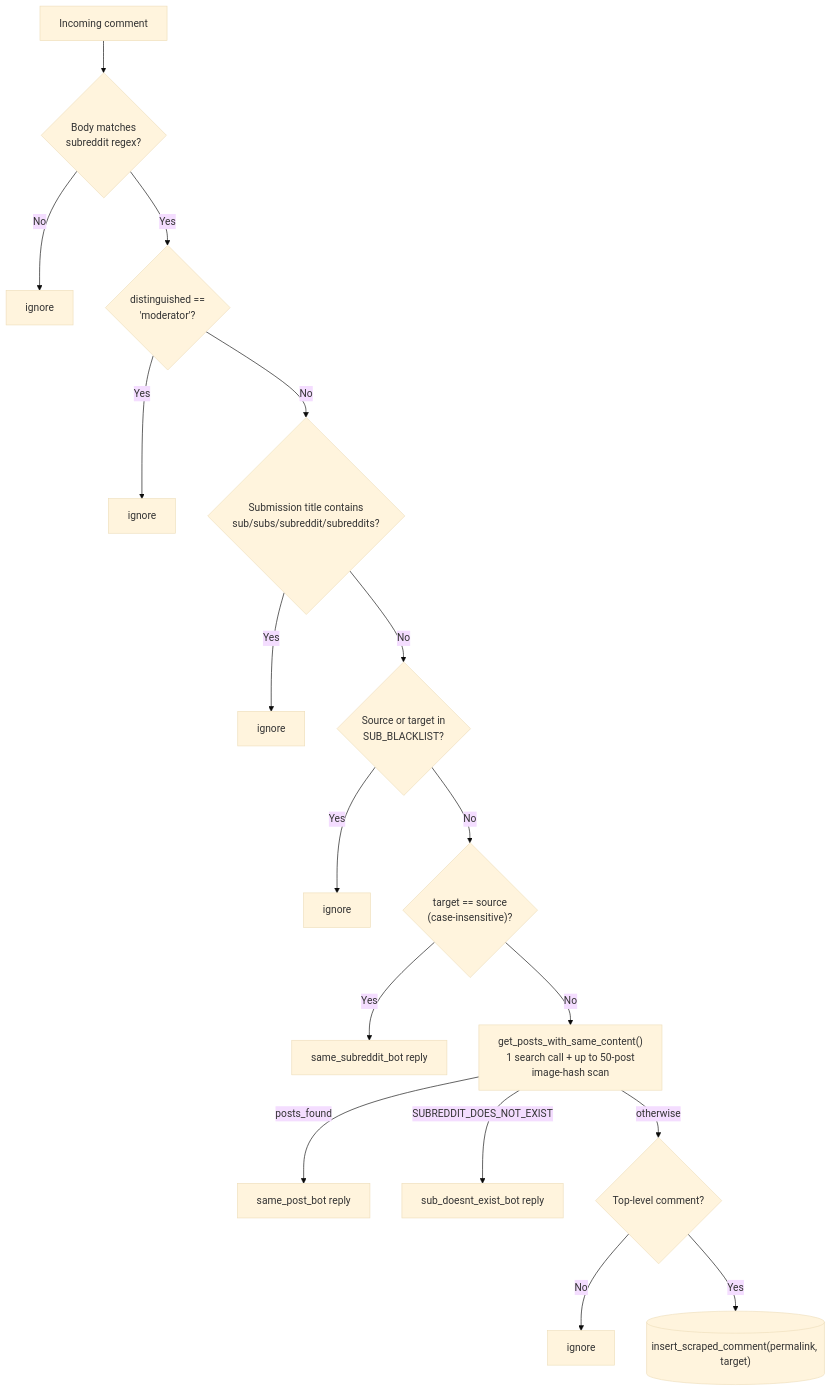
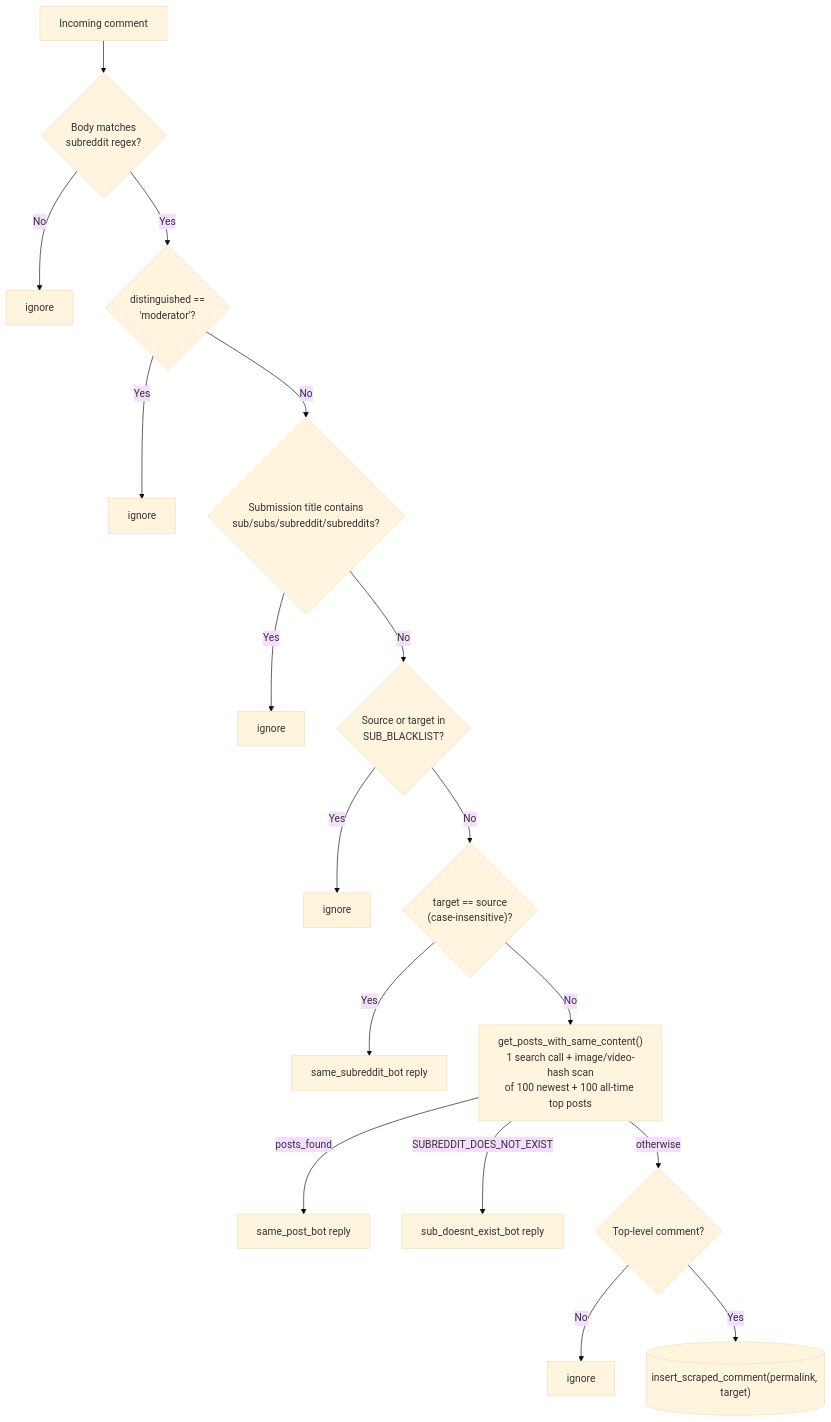
Before and after one commit to Toldry/RedditAutoCrosspostBot: the second of 3 diagrams in AGENTS.md, drawn with Mermaid (base theme). The commit also changed other lines of this file and 7 other files, not shown here.

First line of the commit message:
feat: quick duplicate check reads 100 newest and 100 all-time top posts

````diff
--- a/AGENTS.md
+++ b/AGENTS.md
@@ -82,19 +82,19 @@
 ```mermaid
 flowchart TD
     S["Incoming comment"] --> R{"Body matches\nsubreddit regex?"}
     R -->|No| X1["ignore"]
     R -->|Yes| M{"distinguished ==\n'moderator'?"}
     M -->|Yes| X2["ignore"]
     M -->|No| T{"Submission title contains\nsub/subs/subreddit/subreddits?"}
     T -->|Yes| X3["ignore"]
     T -->|No| BL{"Source or target in\nSUB_BLACKLIST?"}
     BL -->|Yes| X4["ignore"]
     BL -->|No| SS{"target == source\n(case-insensitive)?"}
     SS -->|Yes| A1["same_subreddit_bot reply"]
-    SS -->|No| DUP["get_posts_with_same_content()\n1 search call + up to 50-post\nimage-hash scan"]
+    SS -->|No| DUP["get_posts_with_same_content()\n1 search call + image/video-hash scan\nof 100 newest + 100 all-time top posts"]
     DUP -->|posts_found| A2["same_post_bot reply"]
     DUP -->|SUBREDDIT_DOES_NOT_EXIST| A3["sub_doesnt_exist_bot reply"]
     DUP -->|otherwise| TL{"Top-level comment?"}
     TL -->|No| X5["ignore"]
     TL -->|Yes| DB[("insert_scraped_comment(permalink, target)")]
 ```
````
